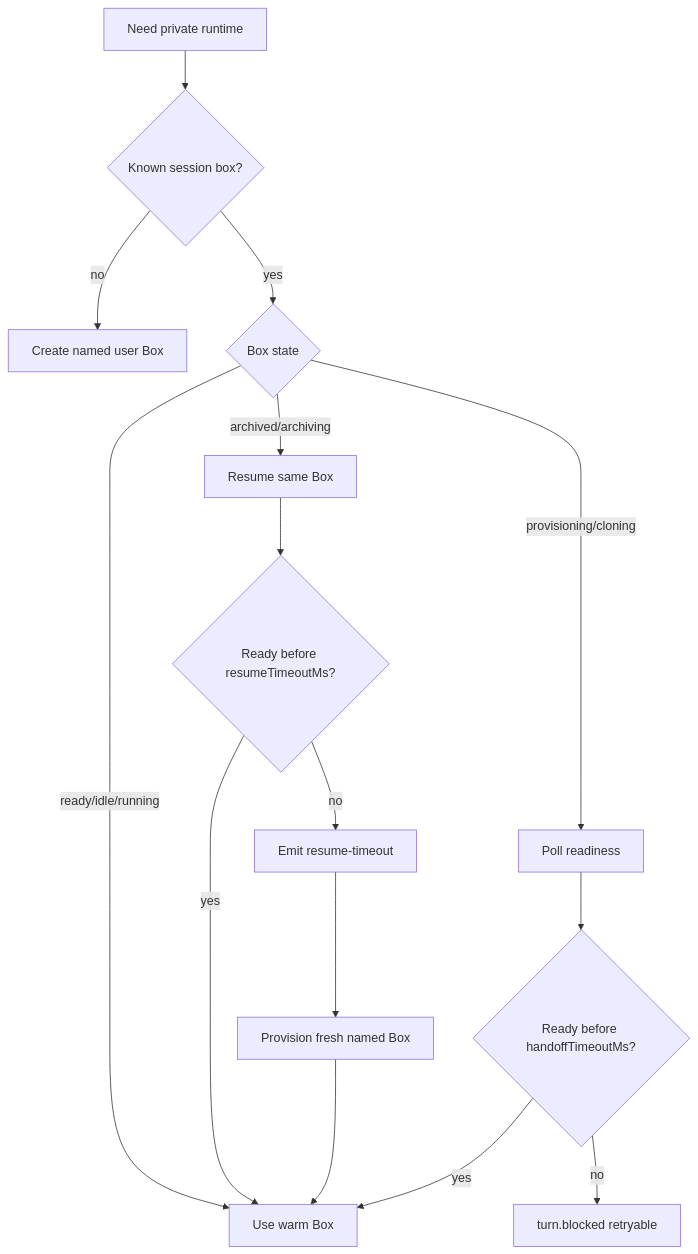
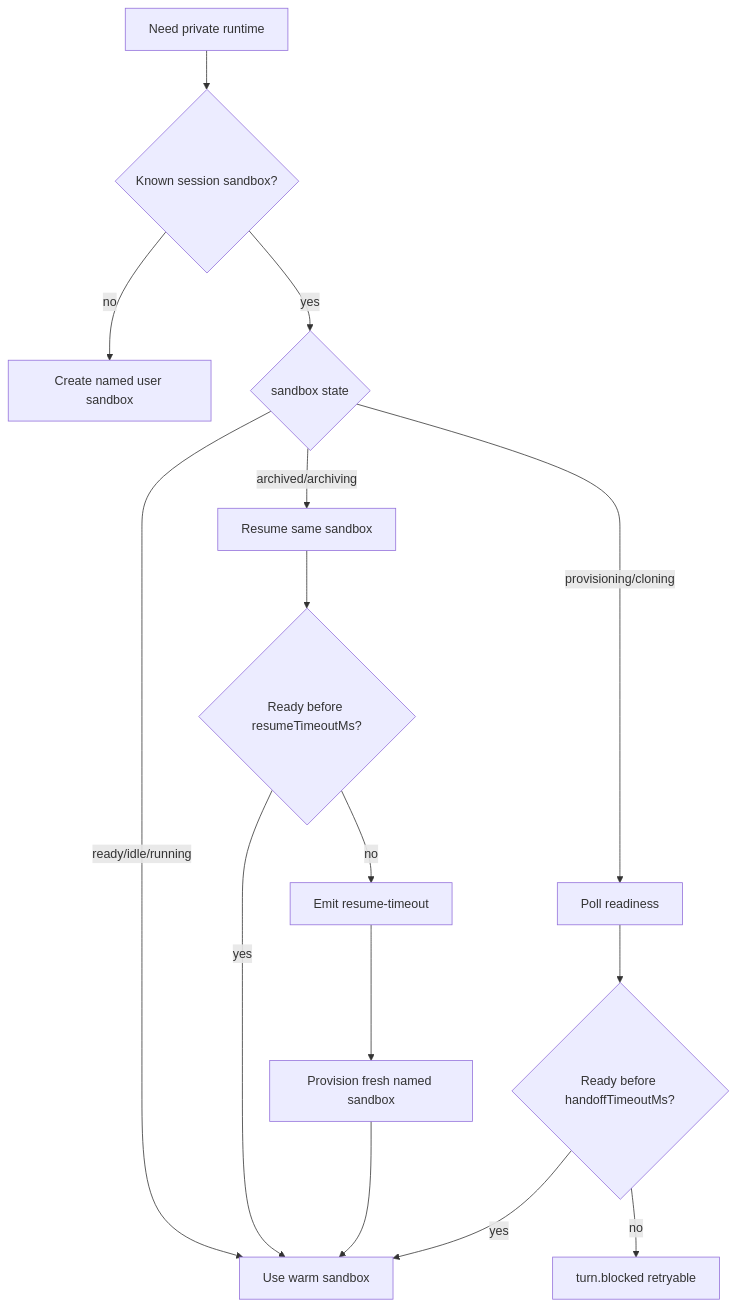
Before and after one commit to ariana-dot-dev/optibox: the tenth of 15 diagrams in docs/optibox-handoff-technical-report.md, drawn with Mermaid. The commit also changed other lines of this file and 26 other files, not shown here.

First line of the commit message:
rename Box to Boat: the product is Boat, the machine is a sandbox

````diff
--- a/docs/optibox-handoff-technical-report.md
+++ b/docs/optibox-handoff-technical-report.md
@@ -328,17 +328,17 @@
 ```mermaid
 flowchart TD
-    A[Need private runtime] --> B{Known session box?}
-    B -- no --> C[Create named user Box]
-    B -- yes --> D{Box state}
-    D -- ready/idle/running --> E[Use warm Box]
-    D -- archived/archiving --> F[Resume same Box]
+    A[Need private runtime] --> B{Known session sandbox?}
+    B -- no --> C[Create named user sandbox]
+    B -- yes --> D{sandbox state}
+    D -- ready/idle/running --> E[Use warm sandbox]
+    D -- archived/archiving --> F[Resume same sandbox]
     F --> G{Ready before resumeTimeoutMs?}
     G -- yes --> E
     G -- no --> H[Emit resume-timeout]
-    H --> I[Provision fresh named Box]
+    H --> I[Provision fresh named sandbox]
     I --> E
     D -- provisioning/cloning --> J[Poll readiness]
     J --> K{Ready before handoffTimeoutMs?}
     K -- yes --> E
     K -- no --> L[turn.blocked retryable]
 ```
````
